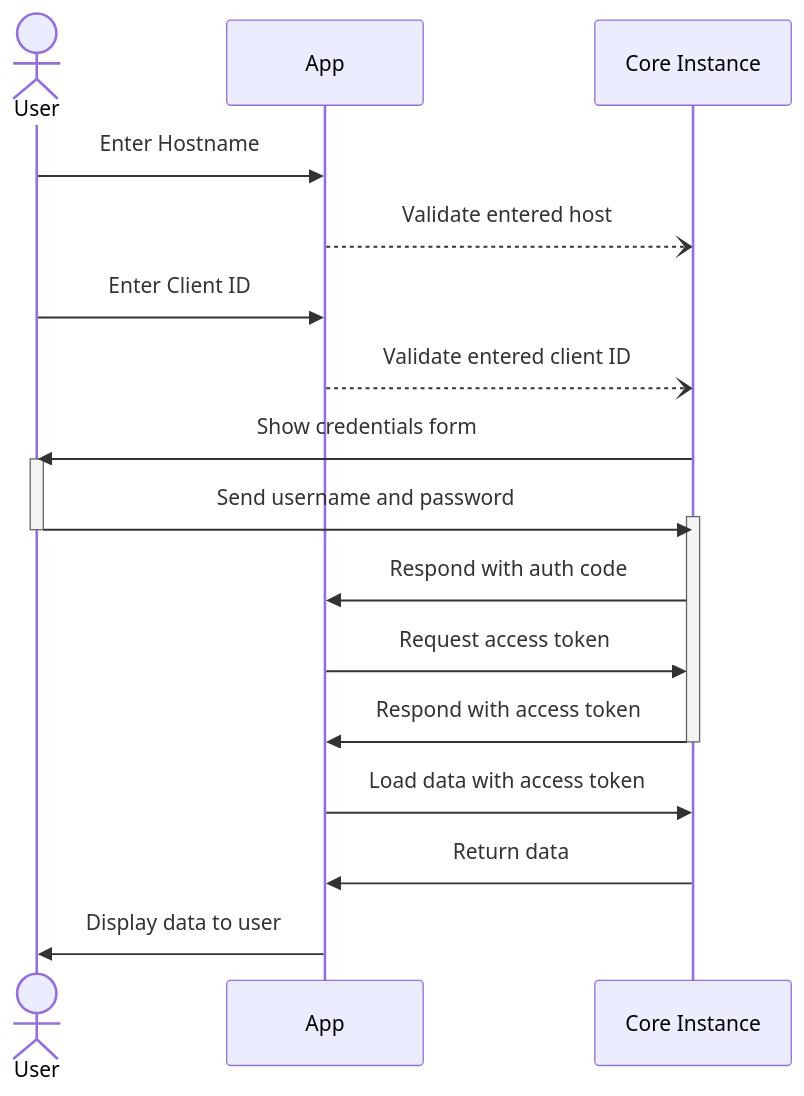
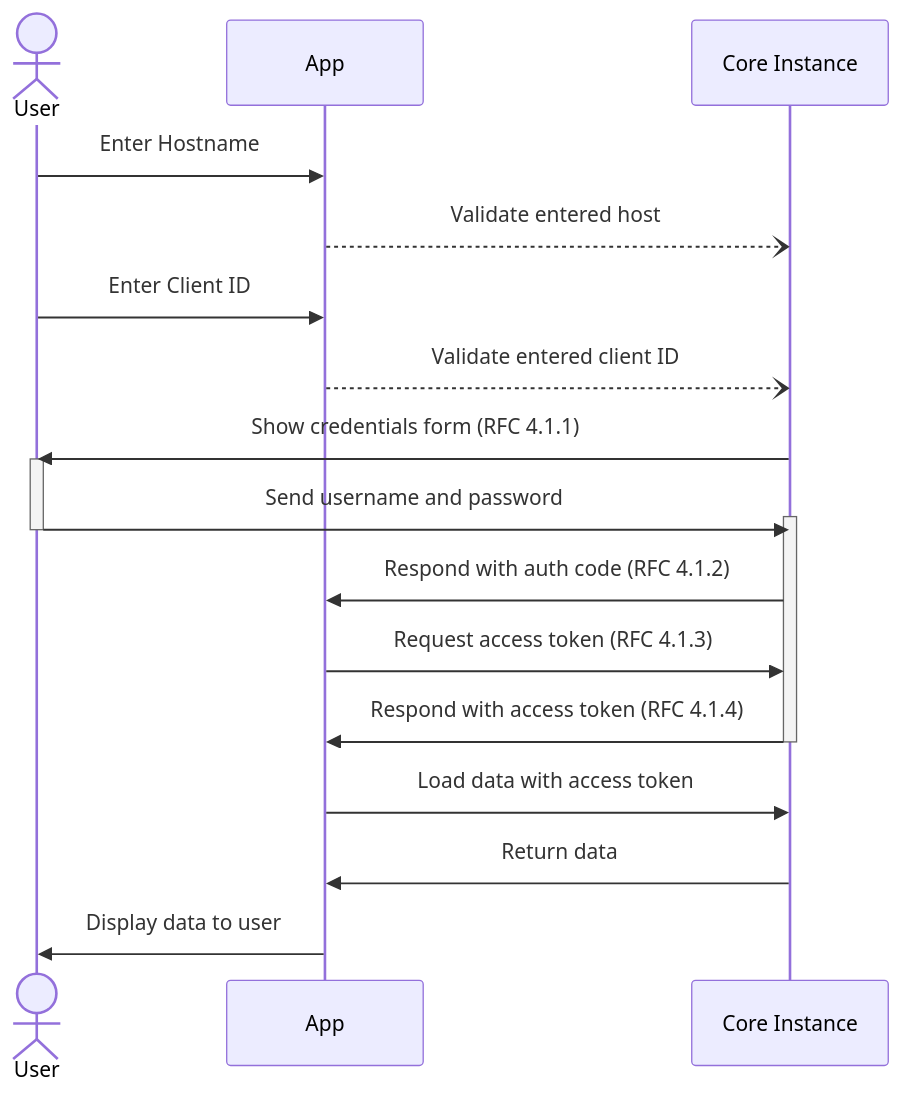
One commit to photos-network/android changed the first of 2 diagrams in README.md. Above: the diagram before and after it, drawn with Mermaid. The commit also changed other lines of this file, not shown here.

Commit message:
add more details

````diff
--- a/README.md
+++ b/README.md
@@ -19,22 +22,23 @@
 ```mermaid
 sequenceDiagram
     actor U as User
     participant A as App
     participant C as Core Instance
     U->>A: Enter Hostname
     A--)C: Validate entered host
     U->>A: Enter Client ID
     A--)C: Validate entered client ID
-    C->>U: Show credentials form
+    C->>U: Show credentials form (RFC 4.1.1)
     activate U
     U->>C: Send username and password
     activate C
     deactivate U
-    C->>A: Respond with auth code
-    A->>C: Request access token
-    C->>A: Respond with access token
+    C->>A: Respond with auth code (RFC 4.1.2)
+    A->>C: Request access token (RFC 4.1.3)
+    C->>A: Respond with access token (RFC 4.1.4)
     deactivate C
     A->>C: Load data with access token
     C->>A: Return data
     A->>U: Display data to user
+
 ```
````
